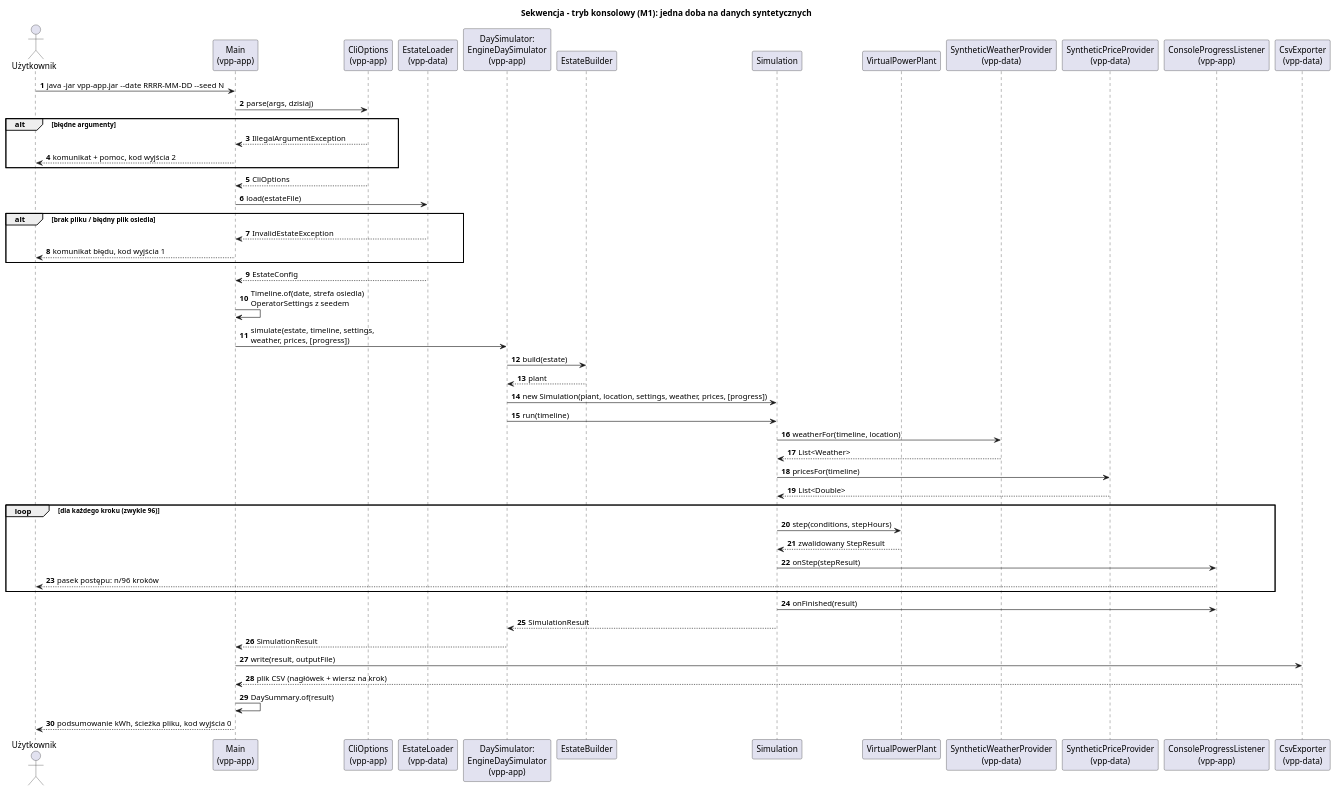
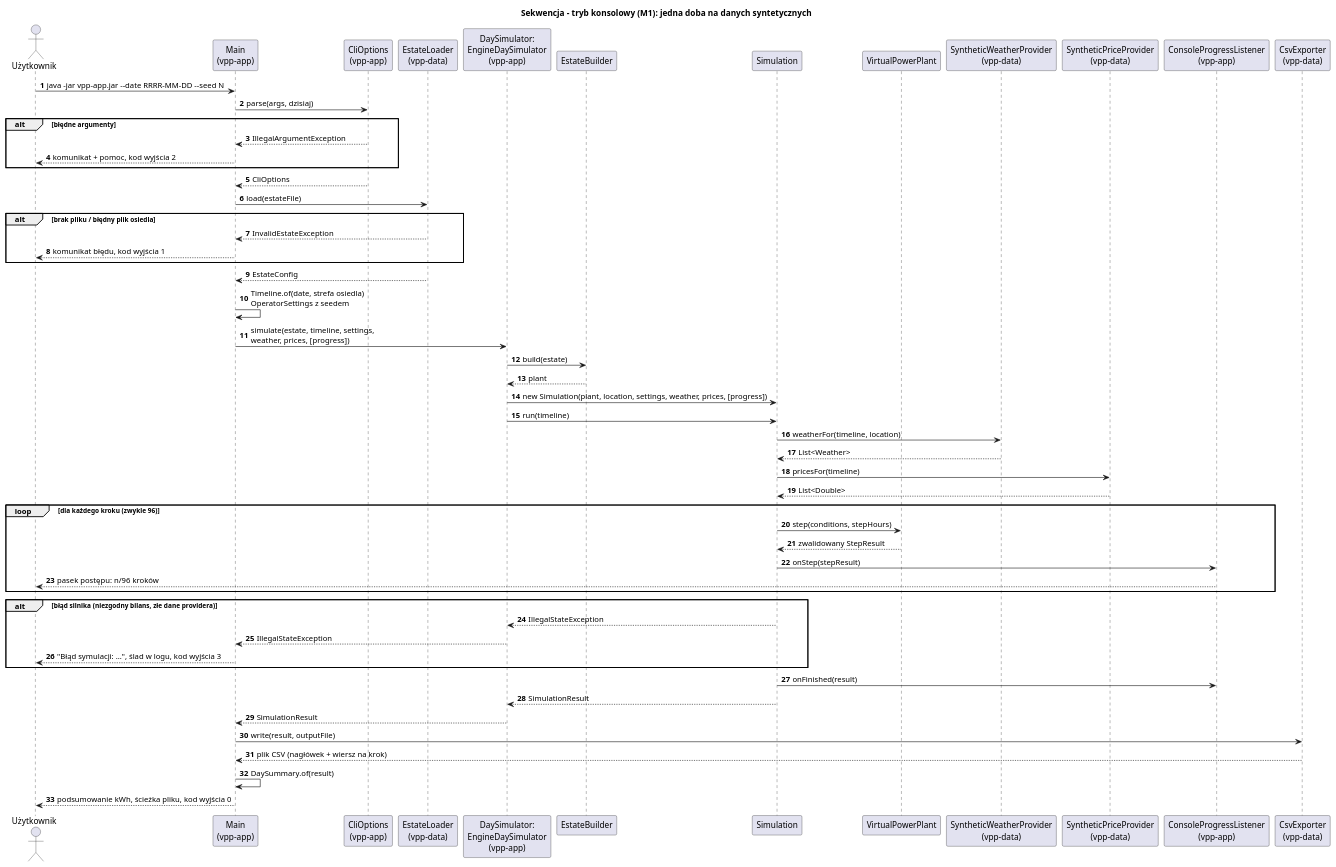
The diagram in projekt/uml/02-sekwencja-tryb-konsolowy.puml (M-zielson/po2026), drawn with PlantUML before and after one commit. The commit also changed 4 other files, not shown here.

Commit message:
fix(app): obsługa błędów silnika (kod 3); diagram klas mieści się w limicie podglądu

```diff
--- a/projekt/uml/02-sekwencja-tryb-konsolowy.puml
+++ b/projekt/uml/02-sekwencja-tryb-konsolowy.puml
@@ -1,59 +1,64 @@
 @startuml
 title Sekwencja - tryb konsolowy (M1): jedna doba na danych syntetycznych
 autonumber
 
 actor Użytkownik
 participant "Main\n(vpp-app)" as Main
 participant "CliOptions\n(vpp-app)" as Cli
 participant "EstateLoader\n(vpp-data)" as Loader
 participant "DaySimulator:\nEngineDaySimulator\n(vpp-app)" as Adapter
 participant EstateBuilder as Builder
 participant Simulation as Sim
 participant VirtualPowerPlant as VPP
 participant "SyntheticWeatherProvider\n(vpp-data)" as Weather
 participant "SyntheticPriceProvider\n(vpp-data)" as Prices
 participant "ConsoleProgressListener\n(vpp-app)" as Progress
 participant "CsvExporter\n(vpp-data)" as Csv
 
 Użytkownik -> Main : java -jar vpp-app.jar ~--date RRRR-MM-DD ~--seed N
 Main -> Cli : parse(args, dzisiaj)
 alt błędne argumenty
     Cli --> Main : IllegalArgumentException
     Main --> Użytkownik : komunikat + pomoc, kod wyjścia 2
 end
 Cli --> Main : CliOptions
 
 Main -> Loader : load(estateFile)
 alt brak pliku / błędny plik osiedla
     Loader --> Main : InvalidEstateException
     Main --> Użytkownik : komunikat błędu, kod wyjścia 1
 end
 Loader --> Main : EstateConfig
 
 Main -> Main : Timeline.of(date, strefa osiedla)\nOperatorSettings z seedem
 
 Main -> Adapter : simulate(estate, timeline, settings,\nweather, prices, [progress])
 Adapter -> Builder : build(estate)
 Builder --> Adapter : plant
 Adapter -> Sim : new Simulation(plant, location, settings, weather, prices, [progress])
 Adapter -> Sim : run(timeline)
 Sim -> Weather : weatherFor(timeline, location)
 Weather --> Sim : List<Weather>
 Sim -> Prices : pricesFor(timeline)
 Prices --> Sim : List<Double>
 
 loop dla każdego kroku (zwykle 96)
     Sim -> VPP : step(conditions, stepHours)
     VPP --> Sim : zwalidowany StepResult
     Sim -> Progress : onStep(stepResult)
     Progress --> Użytkownik : pasek postępu: n/96 kroków
 end
+alt błąd silnika (niezgodny bilans, złe dane providera)
+    Sim --> Adapter : IllegalStateException
+    Adapter --> Main : IllegalStateException
+    Main --> Użytkownik : "Błąd symulacji: ...", ślad w logu, kod wyjścia 3
+end
 Sim -> Progress : onFinished(result)
 Sim --> Adapter : SimulationResult
 Adapter --> Main : SimulationResult
 
 Main -> Csv : write(result, outputFile)
 Csv --> Main : plik CSV (nagłówek + wiersz na krok)
 Main -> Main : DaySummary.of(result)
 Main --> Użytkownik : podsumowanie kWh, ścieżka pliku, kod wyjścia 0
 @enduml
```
